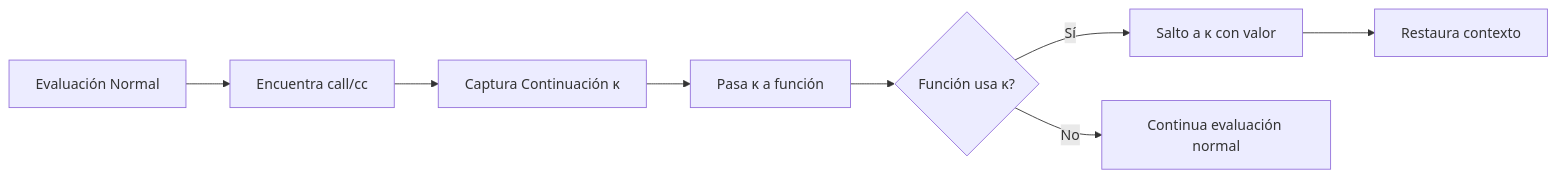
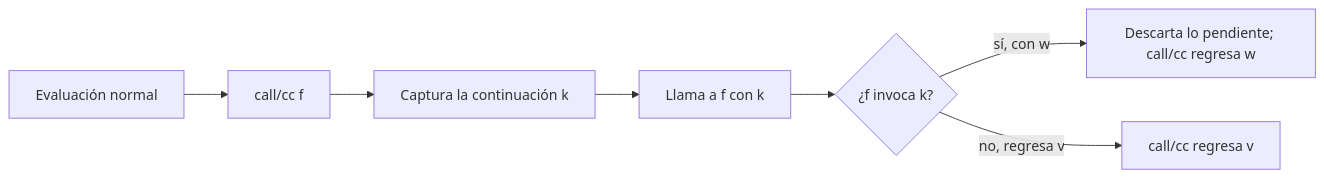
The diagram in public/documents/semester-5/4/5446.md (djaimej/computer-science-template), drawn with Mermaid before and after one commit. The commit also changed other lines of this file and 7 other files, not shown here.

````diff
--- a/public/documents/semester-5/4/5446.md
+++ b/public/documents/semester-5/4/5446.md
@@ -288,10 +48,9 @@
 ```mermaid
 flowchart LR
-    A[Evaluación Normal] --> B[Encuentra call/cc]
-    B --> C[Captura Continuación κ]
-    C --> D[Pasa κ a función]
-    D --> E{Función usa κ?}
-    E -->|Sí| F[Salto a κ con valor]
-    E -->|No| G[Continua evaluación normal]
-    F --> H[Restaura contexto]
+    A["Evaluación normal"] --> B["call/cc f"]
+    B --> C["Captura la continuación k"]
+    C --> D["Llama a f con k"]
+    D --> E{"¿f invoca k?"}
+    E -->|"sí, con w"| F["Descarta lo pendiente; call/cc regresa w"]
+    E -->|"no, regresa v"| G["call/cc regresa v"]
 ```
````
